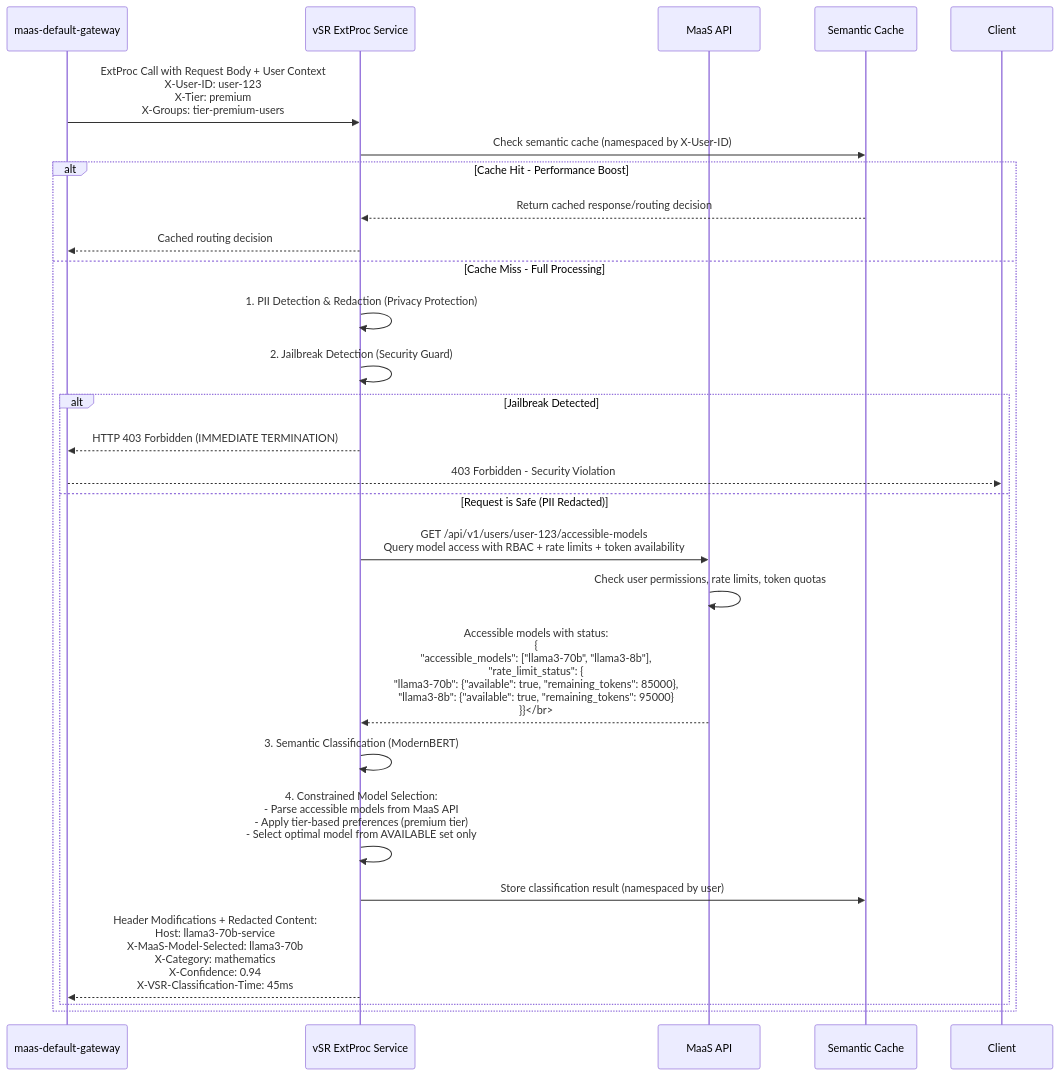
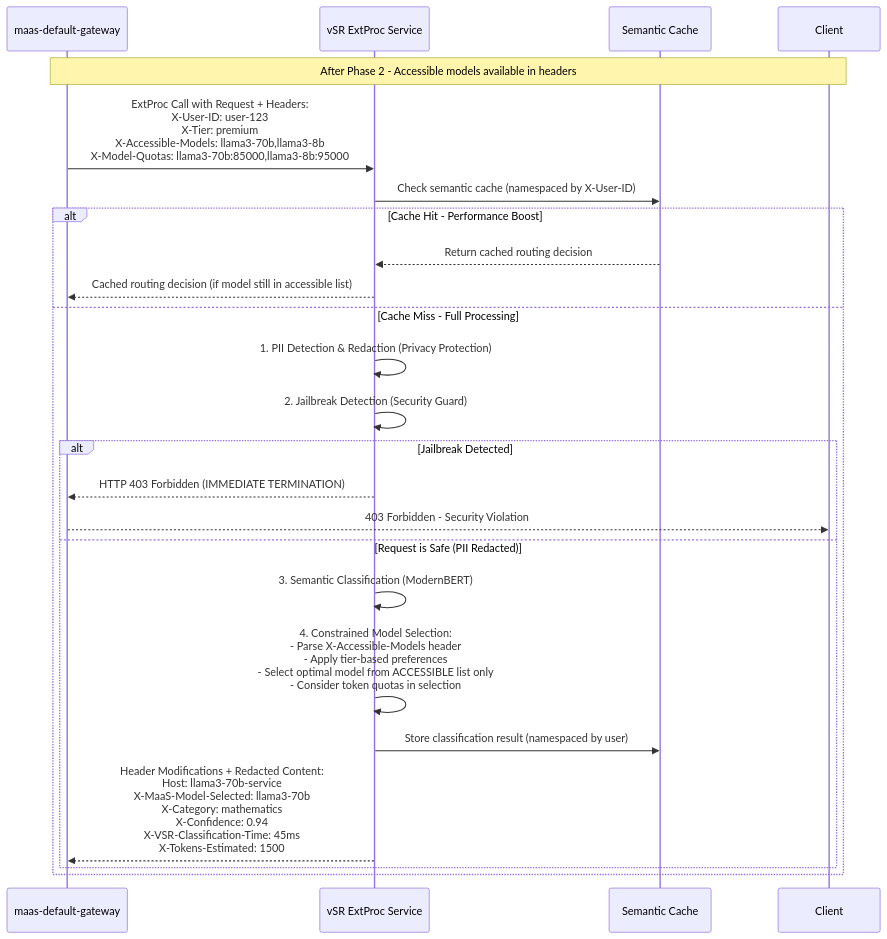
One commit to noyitz/maas-billing changed the seventh of 10 diagrams in docs/designs/vSR-Integration/README.md. Above: the diagram before and after it, drawn with Mermaid. The commit also changed other lines of this file, not shown here.

````diff
--- a/docs/designs/vSR-Integration/README.md
+++ b/docs/designs/vSR-Integration/README.md
@@ -285,34 +326,30 @@
 ```mermaid
 sequenceDiagram
     participant Gateway as maas-default-gateway
     participant vSR as vSR ExtProc Service
-    participant MaaSAPI as MaaS API
     participant Cache as Semantic Cache
     participant Client
     
-    Gateway->>vSR: ExtProc Call with Request Body + User Context<br/>X-User-ID: user-123<br/>X-Tier: premium<br/>X-Groups: tier-premium-users
+    Note over Gateway,Client: After Phase 2 - Accessible models available in headers
+    Gateway->>vSR: ExtProc Call with Request + Headers:<br/>X-User-ID: user-123<br/>X-Tier: premium<br/>X-Accessible-Models: llama3-70b,llama3-8b<br/>X-Model-Quotas: llama3-70b:85000,llama3-8b:95000
     
     vSR->>Cache: Check semantic cache (namespaced by X-User-ID)
     
     alt Cache Hit - Performance Boost
-        Cache-->>vSR: Return cached response/routing decision
-        vSR-->>Gateway: Cached routing decision
+        Cache-->>vSR: Return cached routing decision
+        vSR-->>Gateway: Cached routing decision (if model still in accessible list)
     else Cache Miss - Full Processing
         vSR->>vSR: 1. PII Detection & Redaction (Privacy Protection)
         vSR->>vSR: 2. Jailbreak Detection (Security Guard)
         
         alt Jailbreak Detected
             vSR-->>Gateway: HTTP 403 Forbidden (IMMEDIATE TERMINATION)
             Gateway-->>Client: 403 Forbidden - Security Violation
         else Request is Safe (PII Redacted)
-            vSR->>MaaSAPI: GET /api/v1/users/user-123/accessible-models<br/>Query model access with RBAC + rate limits + token availability
-            MaaSAPI->>MaaSAPI: Check user permissions, rate limits, token quotas
-            MaaSAPI-->>vSR: Accessible models with status:<br/>{<br/>"accessible_models": ["llama3-70b", "llama3-8b"],<br/>"rate_limit_status": {<br/>"llama3-70b": {"available": true, "remaining_tokens": 85000},<br/>"llama3-8b": {"available": true, "remaining_tokens": 95000}<br/>}}</br>
-            
             vSR->>vSR: 3. Semantic Classification (ModernBERT)
-            vSR->>vSR: 4. Constrained Model Selection:<br/>- Parse accessible models from MaaS API<br/>- Apply tier-based preferences (premium tier)<br/>- Select optimal model from AVAILABLE set only
+            vSR->>vSR: 4. Constrained Model Selection:<br/>- Parse X-Accessible-Models header<br/>- Apply tier-based preferences<br/>- Select optimal model from ACCESSIBLE list only<br/>- Consider token quotas in selection
             vSR->>Cache: Store classification result (namespaced by user)
-            vSR-->>Gateway: Header Modifications + Redacted Content:<br/>Host: llama3-70b-service<br/>X-MaaS-Model-Selected: llama3-70b<br/>X-Category: mathematics<br/>X-Confidence: 0.94<br/>X-VSR-Classification-Time: 45ms
+            vSR-->>Gateway: Header Modifications + Redacted Content:<br/>Host: llama3-70b-service<br/>X-MaaS-Model-Selected: llama3-70b<br/>X-Category: mathematics<br/>X-Confidence: 0.94<br/>X-VSR-Classification-Time: 45ms<br/>X-Tokens-Estimated: 1500
         end
     end
 ```
````
